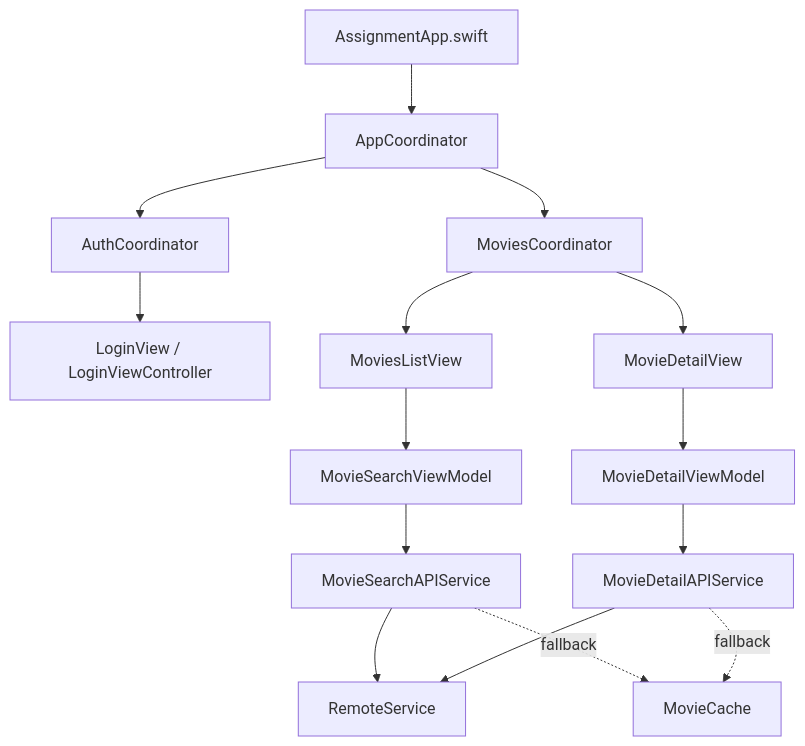
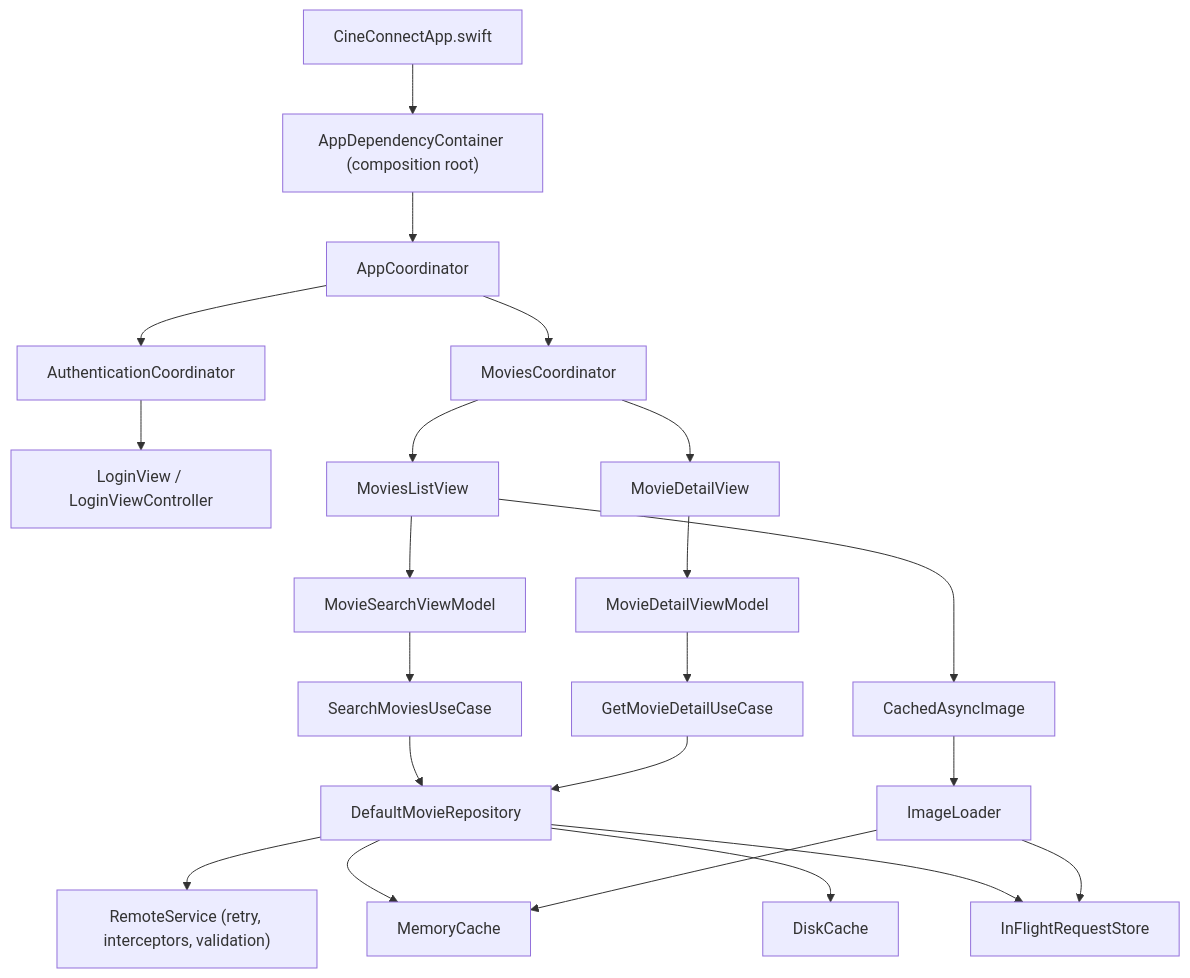
The diagram in README.md (Alenroyfeild/CineConnect), drawn with Mermaid before and after one commit. The commit also changed other lines of this file and 151 other files, not shown here.

First line of the commit message:
chore: rename Assignment -> CineConnect across project, tests, docs, and CI (Phase 9b)

````diff
--- a/README.md
+++ b/README.md
@@ -48,17 +59,24 @@
 ```mermaid
 flowchart TD
-    Entry["AssignmentApp.swift"] --> App["AppCoordinator"]
-    App --> Auth["AuthCoordinator"]
+    Entry["CineConnectApp.swift"] --> Container["AppDependencyContainer (composition root)"]
+    Container --> App["AppCoordinator"]
+    App --> Auth["AuthenticationCoordinator"]
     App --> Movies["MoviesCoordinator"]
     Auth --> Login["LoginView / LoginViewController"]
     Movies --> List["MoviesListView"]
     Movies --> Detail["MovieDetailView"]
     List --> SearchVM["MovieSearchViewModel"]
     Detail --> DetailVM["MovieDetailViewModel"]
-    SearchVM --> SearchAPI["MovieSearchAPIService"]
-    DetailVM --> DetailAPI["MovieDetailAPIService"]
-    SearchAPI --> Remote["RemoteService"]
-    DetailAPI --> Remote
-    SearchAPI -. fallback .-> Cache["MovieCache"]
-    DetailAPI -. fallback .-> Cache
+    SearchVM --> SearchUC["SearchMoviesUseCase"]
+    DetailVM --> DetailUC["GetMovieDetailUseCase"]
+    SearchUC --> Repo["DefaultMovieRepository"]
+    DetailUC --> Repo
+    Repo --> Remote["RemoteService (retry, interceptors, validation)"]
+    Repo --> MemCache["MemoryCache"]
+    Repo --> DiskCache["DiskCache"]
+    Repo --> InFlight["InFlightRequestStore"]
+    List --> Images["CachedAsyncImage"]
+    Images --> ImageLoader["ImageLoader"]
+    ImageLoader --> MemCache
+    ImageLoader --> InFlight
 ```
````
